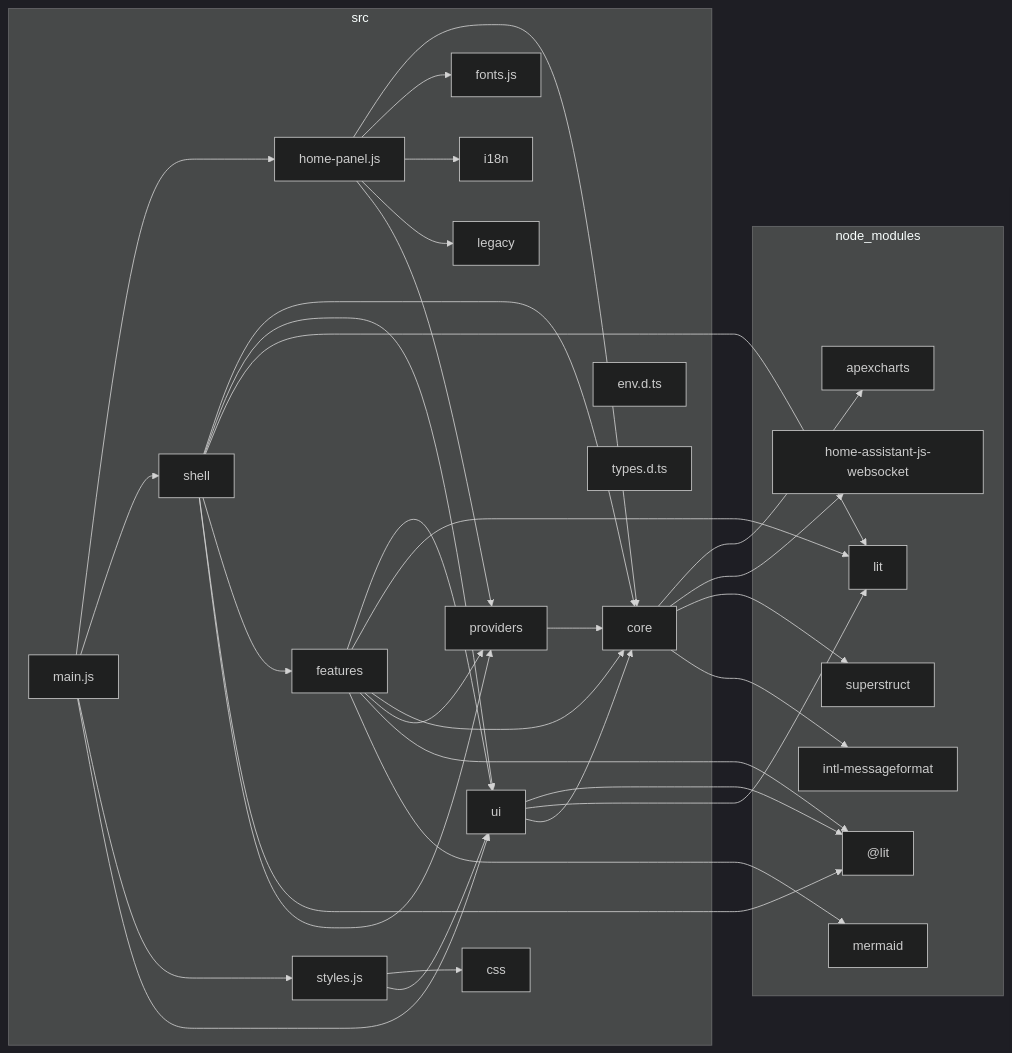
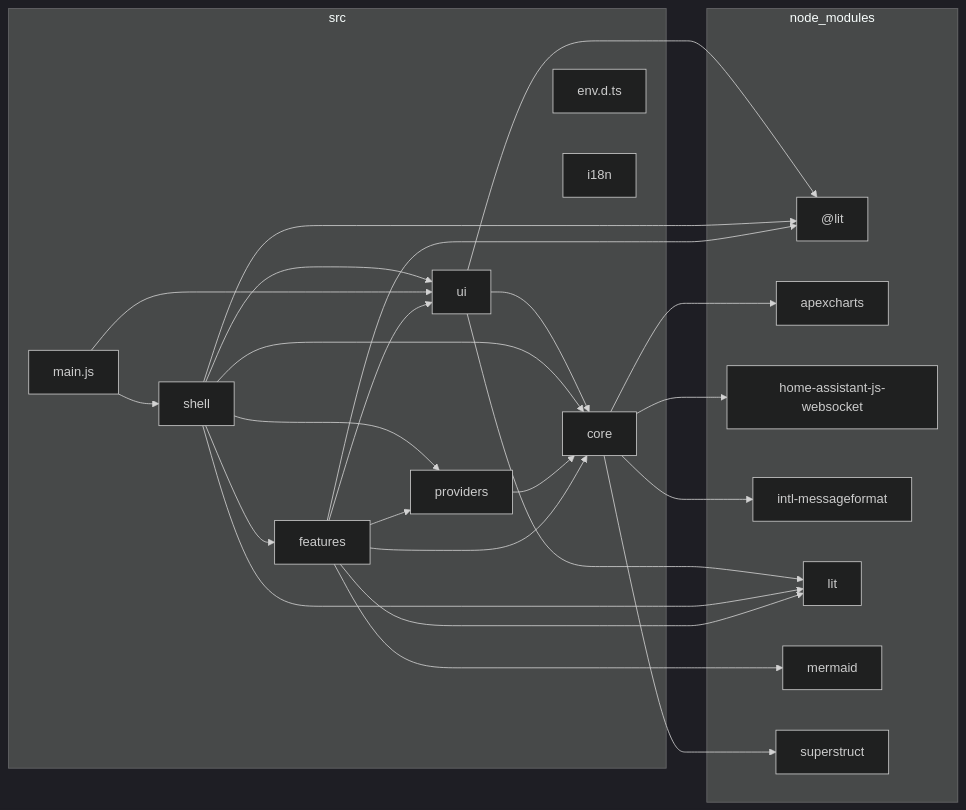
The diagram in docs/architecture/dependency-graph.md (pldelisle/ha-home-panel), drawn with Mermaid (dark theme) before and after one commit. The commit also changed 124 other files, not shown here.

First line of the commit message:
The guest is gone: the shell draws the whole panel (#277)

````diff
--- a/docs/architecture/dependency-graph.md
+++ b/docs/architecture/dependency-graph.md
@@ -5,60 +5,45 @@
 ```mermaid
 flowchart LR
 
 subgraph 0["node_modules"]
 1["@lit"]
 2["apexcharts"]
 3["home-assistant-js-websocket"]
 4["intl-messageformat"]
 5["lit"]
 6["mermaid"]
 7["superstruct"]
 end
 subgraph 8["src"]
 9["core"]
-A["css"]
-B["env.d.ts"]
-C["features"]
-D["fonts.js"]
-E["home-panel.js"]
-F["i18n"]
-G["legacy"]
-H["main.js"]
-I["providers"]
-J["shell"]
-K["styles.js"]
-L["types.d.ts"]
-M["ui"]
+A["env.d.ts"]
+B["features"]
+C["i18n"]
+D["main.js"]
+E["providers"]
+F["shell"]
+G["ui"]
 end
 9-->2
 9-->3
 9-->7
 9-->4
-C-->M
-C-->5
-C-->9
-C-->I
-C-->1
-C-->6
+B-->G
+B-->5
+B-->9
+B-->E
+B-->1
+B-->6
+D-->F
+D-->G
 E-->9
-E-->D
-E-->F
-E-->G
-E-->I
-H-->E
-H-->J
-H-->K
-H-->M
-I-->9
-J-->9
-J-->M
-J-->5
-J-->C
-J-->1
-J-->I
-K-->A
-K-->M
-M-->1
-M-->5
-M-->9
+F-->9
+F-->B
+F-->G
+F-->1
+F-->5
+F-->E
+G-->1
+G-->5
+G-->9
 ```
````
